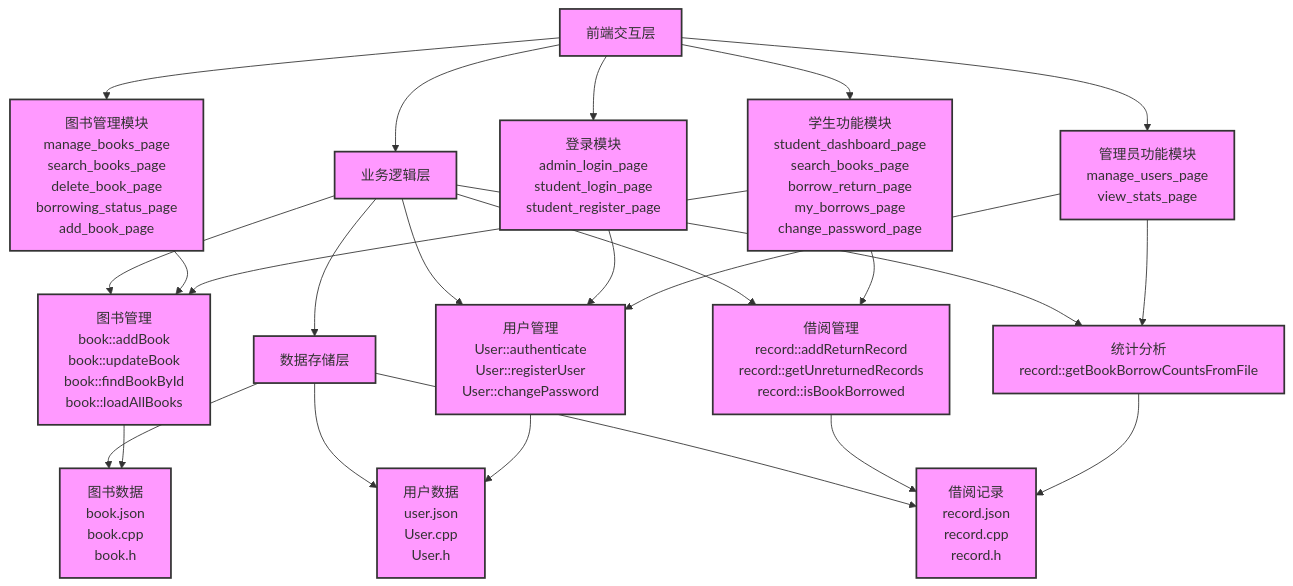
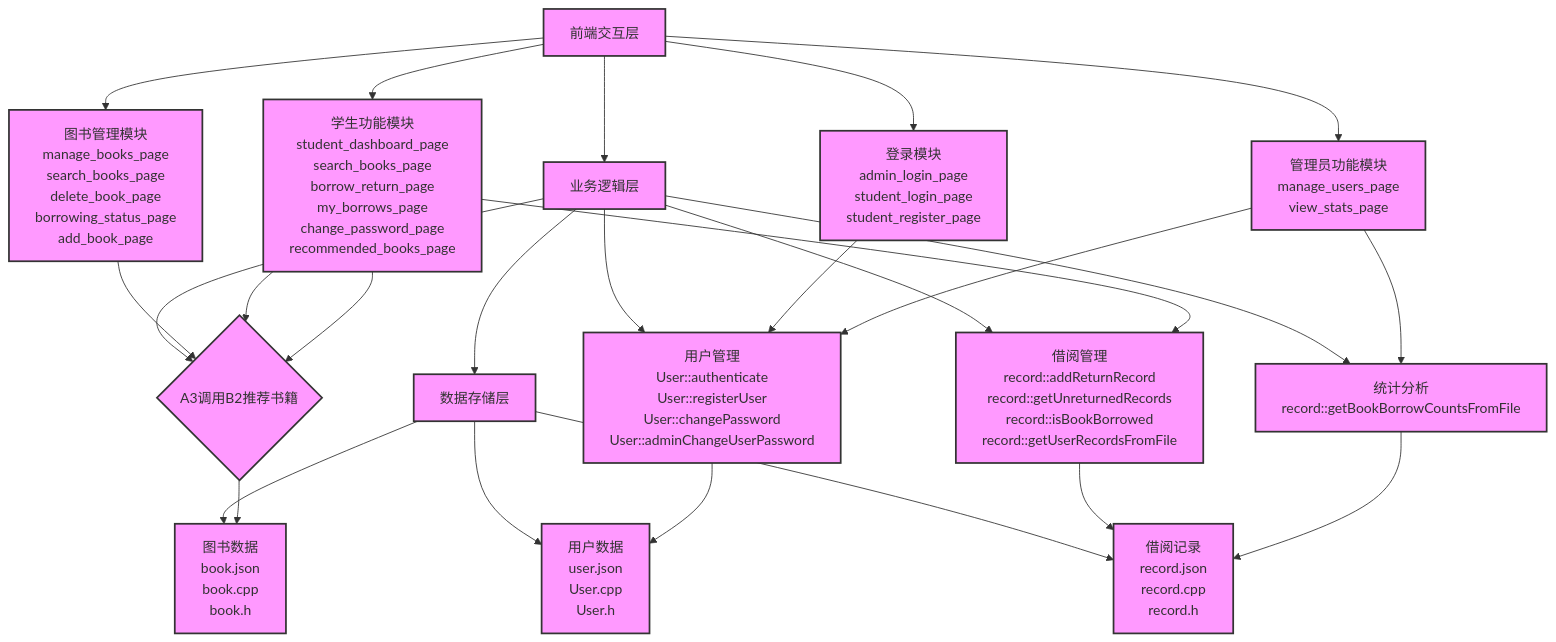
One commit to Chiyoshic/Library-Management-System-Mini changed the first of 28 diagrams in C-report.md. Above: the diagram before and after it, drawn with Mermaid. The commit also changed other lines of this file, not shown here.

Commit message:
feat(recommendation): add book recommendation feature based on user borrowing history and update student dashboard

````diff
--- a/C-report.md
+++ b/C-report.md
@@ -127,38 +134,39 @@
 ```mermaid
 graph TD
     A[前端交互层] --> B[业务逻辑层]
     B --> C[数据存储层]
 
     %% 前端交互层子模块
     A --> A1[登录模块<br>admin_login_page<br>student_login_page<br>student_register_page]
     A --> A2[图书管理模块<br>manage_books_page<br>search_books_page<br>delete_book_page<br>borrowing_status_page<br>add_book_page]
-    A --> A3[学生功能模块<br>student_dashboard_page<br>search_books_page<br>borrow_return_page<br>my_borrows_page<br>change_password_page]
+    A --> A3[学生功能模块<br>student_dashboard_page<br>search_books_page<br>borrow_return_page<br>my_borrows_page<br>change_password_page<br>recommended_books_page]
     A --> A4[管理员功能模块<br>manage_users_page<br>view_stats_page]
 
     %% 业务逻辑层子模块
-    B --> B1[用户管理<br>User::authenticate<br>User::registerUser<br>User::changePassword]
-    B --> B2[图书管理<br>book::addBook<br>book::updateBook<br>book::findBookById<br>book::loadAllBooks]
-    B --> B3[借阅管理<br>record::addReturnRecord<br>record::getUnreturnedRecords<br>record::isBookBorrowed]
+    B --> B1[用户管理<br>User::authenticate<br>User::registerUser<br>User::changePassword<br>User::adminChangeUserPassword]
+    B --> B2[图书管理<br>book::addBook<br>book::updateBook<br>book::findBookById<br>book::loadAllBooks<br>book::recommendBooks]
+    B --> B3[借阅管理<br>record::addReturnRecord<br>record::getUnreturnedRecords<br>record::isBookBorrowed<br>record::getUserRecordsFromFile]
     B --> B4[统计分析<br>record::getBookBorrowCountsFromFile]
 
     %% 数据存储层子模块
     C --> C1[图书数据<br>book.json<br>book.cpp<br>book.h]
     C --> C2[用户数据<br>user.json<br>User.cpp<br>User.h]
     C --> C3[借阅记录<br>record.json<br>record.cpp<br>record.h]
 
     %% 数据流
     A1 --> B1
     A2 --> B2
     A3 --> B2
     A3 --> B3
     A4 --> B1
     A4 --> B4
+    A3 --> B2{A3调用B2推荐书籍}
     B1 --> C2
     B2 --> C1
     B3 --> C3
     B4 --> C3
 
     %% 样式
     classDef default fill:#f9f,stroke:#333,stroke-width:2px;
     class A,A1,A2,A3,A4,B,B1,B2,B3,B4,C,C1,C2,C3 default;
 ```
````
